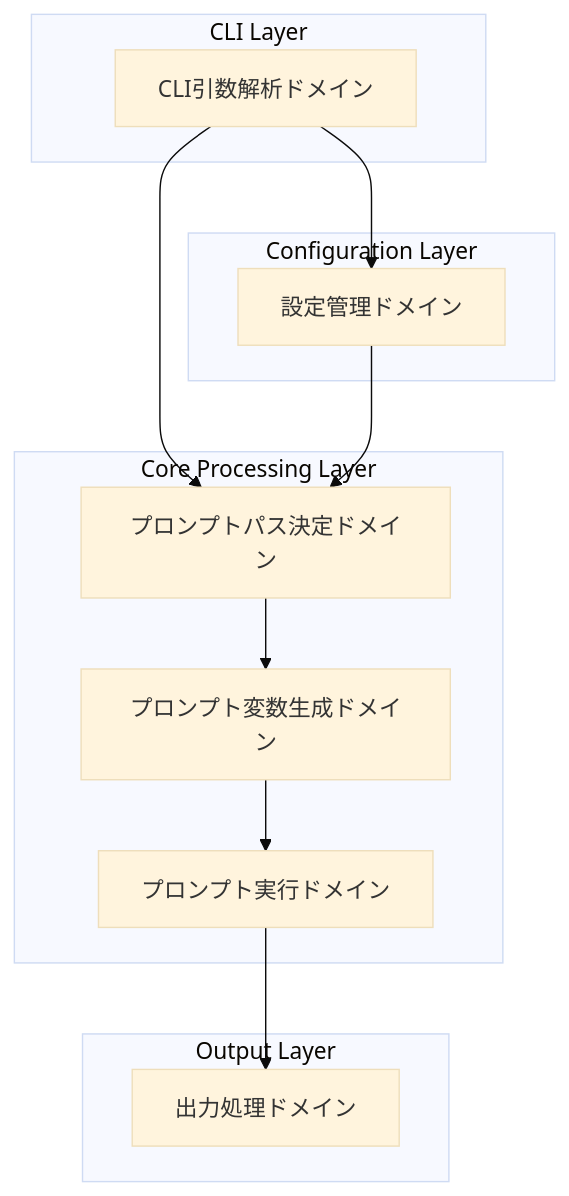
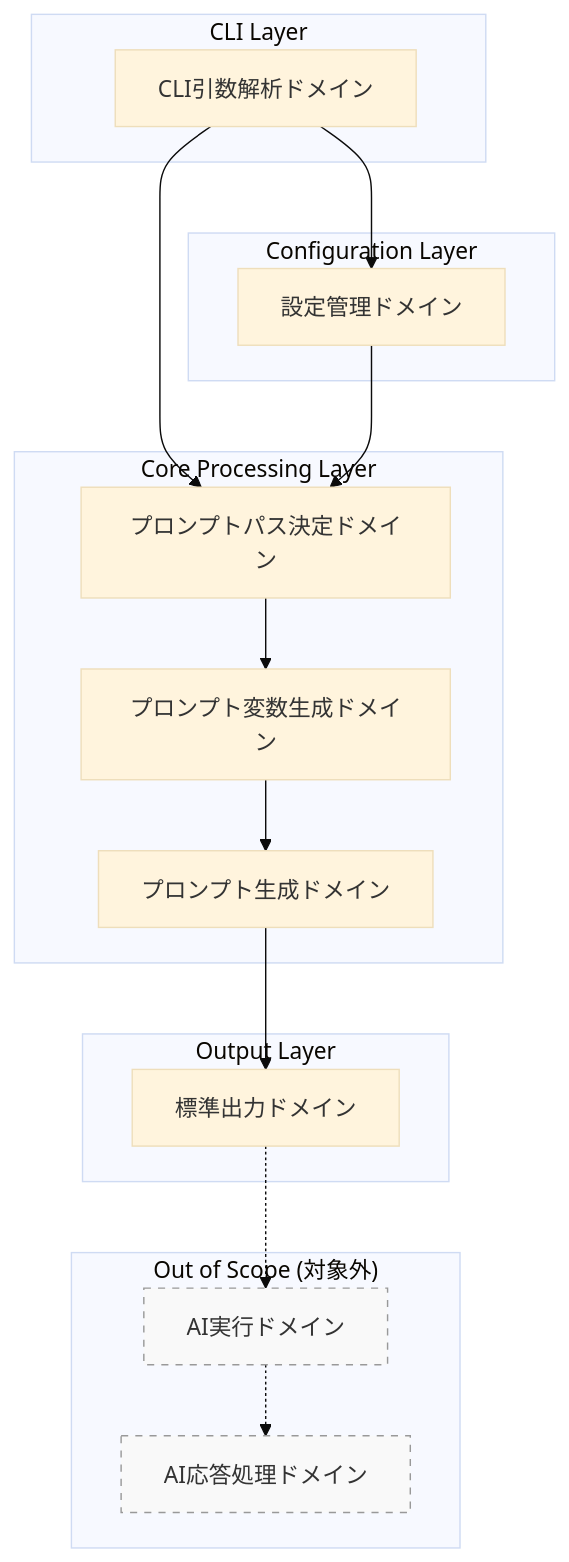
Before and after one commit to tettuan/breakdown: the first of 4 diagrams in docs/breakdown/domain_core/domain_boundaries_flow.ja.md, drawn with Mermaid (base theme). The commit also changed other lines of this file, not shown here.

First line of the commit message:
docs: clarify application scope in domain boundaries

````diff
--- a/docs/breakdown/domain_core/domain_boundaries_flow.ja.md
+++ b/docs/breakdown/domain_core/domain_boundaries_flow.ja.md
@@ -24,27 +31,40 @@
 ```mermaid
 graph TB
     subgraph "CLI Layer"
         CLI[CLI引数解析ドメイン]
     end
     
     subgraph "Configuration Layer"
         CONFIG[設定管理ドメイン]
     end
     
     subgraph "Core Processing Layer"
         PATH[プロンプトパス決定ドメイン]
         VARS[プロンプト変数生成ドメイン]
-        EXEC[プロンプト実行ドメイン]
+        PROMPT[プロンプト生成ドメイン]
     end
     
     subgraph "Output Layer"
-        OUTPUT[出力処理ドメイン]
+        OUTPUT[標準出力ドメイン]
+    end
+    
+    subgraph "Out of Scope (対象外)" 
+        EXEC[AI実行ドメイン]
+        RESPONSE[AI応答処理ドメイン]
     end
     
     CLI --> CONFIG
     CLI --> PATH
     CONFIG --> PATH
     PATH --> VARS
-    VARS --> EXEC
-    EXEC --> OUTPUT
+    VARS --> PROMPT
+    PROMPT --> OUTPUT
+    
+    %% 対象外の依存関係（点線で表示）
+    OUTPUT -.-> EXEC
+    EXEC -.-> RESPONSE
+    
+    %% スタイル設定
+    style EXEC fill:#f9f9f9,stroke:#999,stroke-dasharray: 5 5
+    style RESPONSE fill:#f9f9f9,stroke:#999,stroke-dasharray: 5 5
 ```
````
